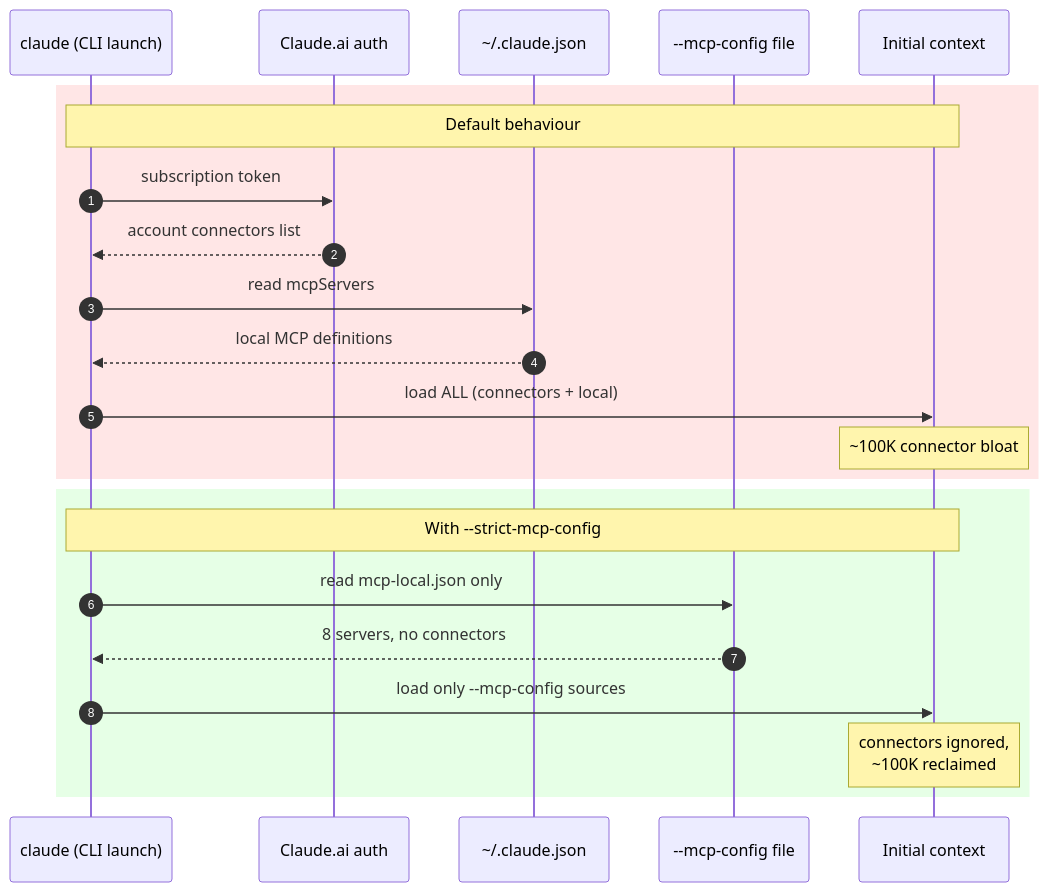
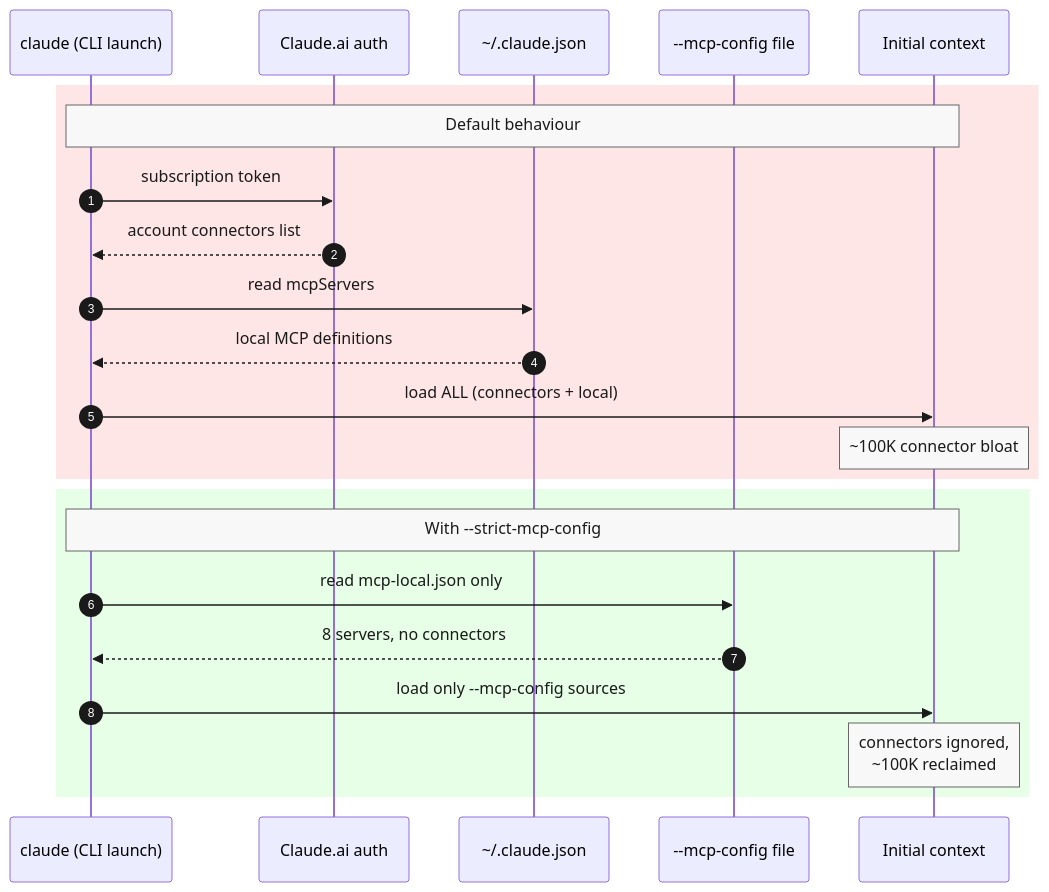
One commit to laststance/laststance.io changed the third of 6 diagrams in src/app/articles/Cutting-Claude-Code-Initial-Context-Bloat/content.mdx. Above: the diagram before and after it, drawn with Mermaid. The commit also changed other lines of this file and 4 other files, not shown here.

````diff
--- a/src/app/articles/Cutting-Claude-Code-Initial-Context-Bloat/content.mdx
+++ b/src/app/articles/Cutting-Claude-Code-Initial-Context-Bloat/content.mdx
@@ -115,27 +117,28 @@
 ```mermaid
+%%{init: {'themeVariables': {'signalColor': '#1a1a1a', 'signalTextColor': '#1a1a1a', 'noteTextColor': '#1a1a1a', 'noteBkgColor': '#f8f8f8', 'noteBorderColor': '#666'}}}%%
 sequenceDiagram
     autonumber
     participant CLI as claude (CLI launch)
     participant Auth as Claude.ai auth
     participant Local as ~/.claude.json
     participant CCFG as --mcp-config file
     participant CTX as Initial context
 
     rect rgb(255, 230, 230)
     Note over CLI,CTX: Default behaviour
     CLI->>Auth: subscription token
     Auth-->>CLI: account connectors list
     CLI->>Local: read mcpServers
     Local-->>CLI: local MCP definitions
     CLI->>CTX: load ALL (connectors + local)
     Note over CTX: ~100K connector bloat
     end
 
     rect rgb(230, 255, 230)
     Note over CLI,CTX: With --strict-mcp-config
     CLI->>CCFG: read mcp-local.json only
     CCFG-->>CLI: 8 servers, no connectors
     CLI->>CTX: load only --mcp-config sources
     Note over CTX: connectors ignored,<br/>~100K reclaimed
     end
 ```
````
